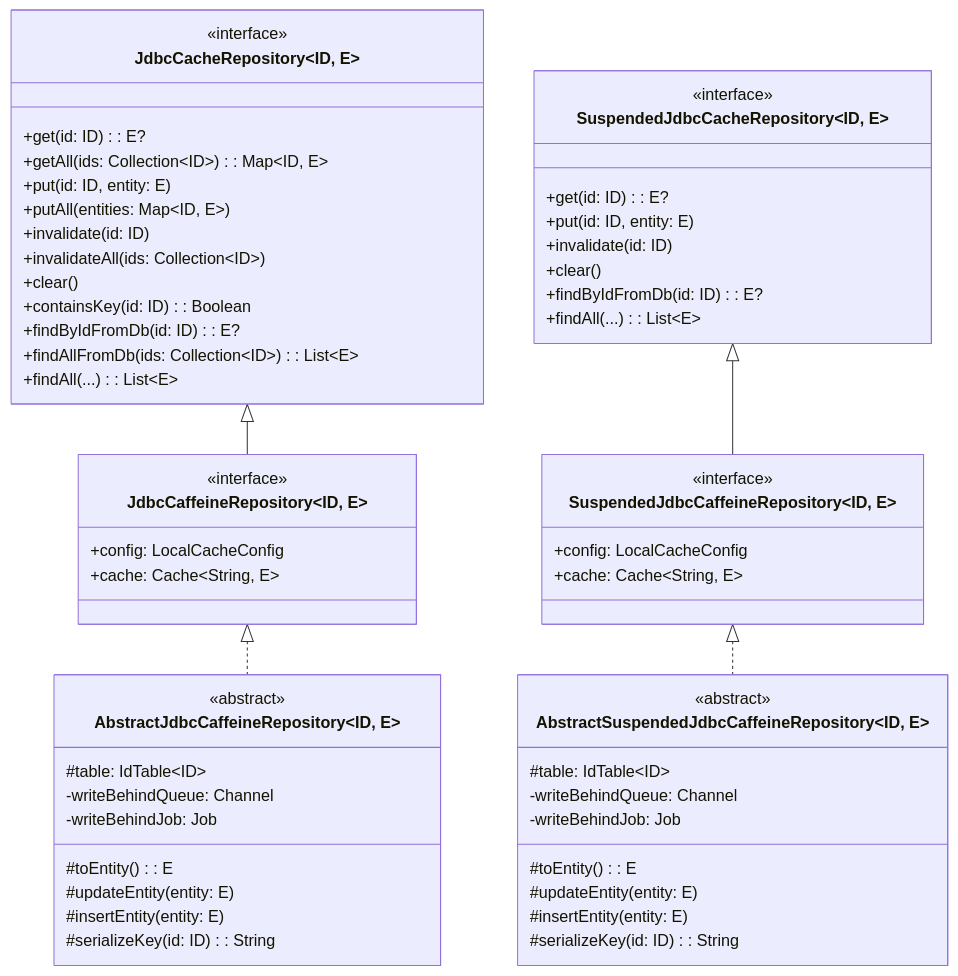
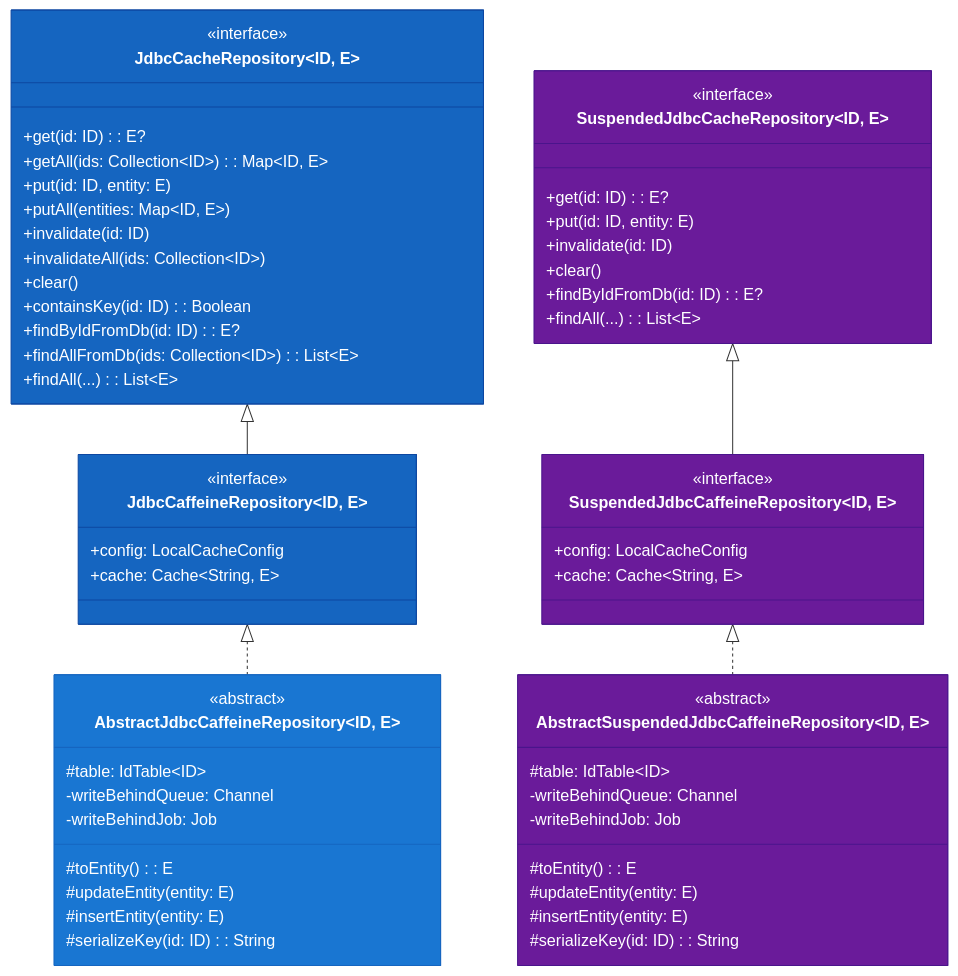
Before and after one commit to bluetape4k/bluetape4k-projects: the first of 2 diagrams in data/exposed-jdbc-caffeine/README.ko.md, drawn with Mermaid. The commit also changed other lines of this file and 221 other files, not shown here.

First line of the commit message:
docs: 전체 모듈 README UML 다이어그램 보강 및 색상 업그레이드

````diff
--- a/data/exposed-jdbc-caffeine/README.ko.md
+++ b/data/exposed-jdbc-caffeine/README.ko.md
@@ -13,68 +13,75 @@
 ```mermaid
 classDiagram
     direction TB
 
     class JdbcCacheRepository~ID, E~ {
         <<interface>>
         +get(id: ID): E?
         +getAll(ids: Collection~ID~): Map~ID, E~
         +put(id: ID, entity: E)
         +putAll(entities: Map~ID, E~)
         +invalidate(id: ID)
         +invalidateAll(ids: Collection~ID~)
         +clear()
         +containsKey(id: ID): Boolean
         +findByIdFromDb(id: ID): E?
         +findAllFromDb(ids: Collection~ID~): List~E~
         +findAll(...): List~E~
     }
 
     class JdbcCaffeineRepository~ID, E~ {
         <<interface>>
         +config: LocalCacheConfig
         +cache: Cache~String, E~
     }
 
     class AbstractJdbcCaffeineRepository~ID, E~ {
         <<abstract>>
         #table: IdTable~ID~
         #toEntity(): E
         #updateEntity(entity: E)
         #insertEntity(entity: E)
         #serializeKey(id: ID): String
         -writeBehindQueue: Channel
         -writeBehindJob: Job
     }
 
     class SuspendedJdbcCacheRepository~ID, E~ {
         <<interface>>
         +get(id: ID): E?
         +put(id: ID, entity: E)
         +invalidate(id: ID)
         +clear()
         +findByIdFromDb(id: ID): E?
         +findAll(...): List~E~
     }
 
     class SuspendedJdbcCaffeineRepository~ID, E~ {
         <<interface>>
         +config: LocalCacheConfig
         +cache: Cache~String, E~
     }
 
     class AbstractSuspendedJdbcCaffeineRepository~ID, E~ {
         <<abstract>>
         #table: IdTable~ID~
         #toEntity(): E
         #updateEntity(entity: E)
         #insertEntity(entity: E)
         #serializeKey(id: ID): String
         -writeBehindQueue: Channel
         -writeBehindJob: Job
     }
 
     JdbcCacheRepository <|-- JdbcCaffeineRepository
     JdbcCaffeineRepository <|.. AbstractJdbcCaffeineRepository
     SuspendedJdbcCacheRepository <|-- SuspendedJdbcCaffeineRepository
     SuspendedJdbcCaffeineRepository <|.. AbstractSuspendedJdbcCaffeineRepository
+
+    style JdbcCacheRepository fill:#1565C0,stroke:#0D47A1,color:#FFFFFF
+    style JdbcCaffeineRepository fill:#1565C0,stroke:#0D47A1,color:#FFFFFF
+    style AbstractJdbcCaffeineRepository fill:#1976D2,stroke:#1565C0,color:#FFFFFF
+    style SuspendedJdbcCacheRepository fill:#6A1B9A,stroke:#4A148C,color:#FFFFFF
+    style SuspendedJdbcCaffeineRepository fill:#6A1B9A,stroke:#4A148C,color:#FFFFFF
+    style AbstractSuspendedJdbcCaffeineRepository fill:#6A1B9A,stroke:#4A148C,color:#FFFFFF
 ```
````
